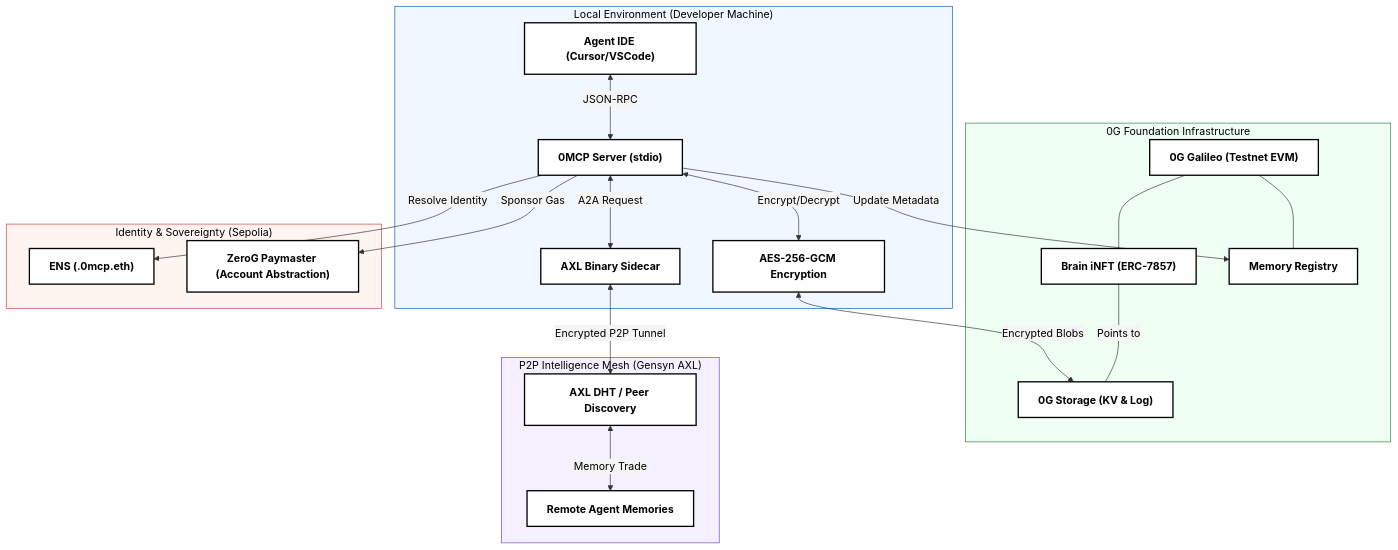
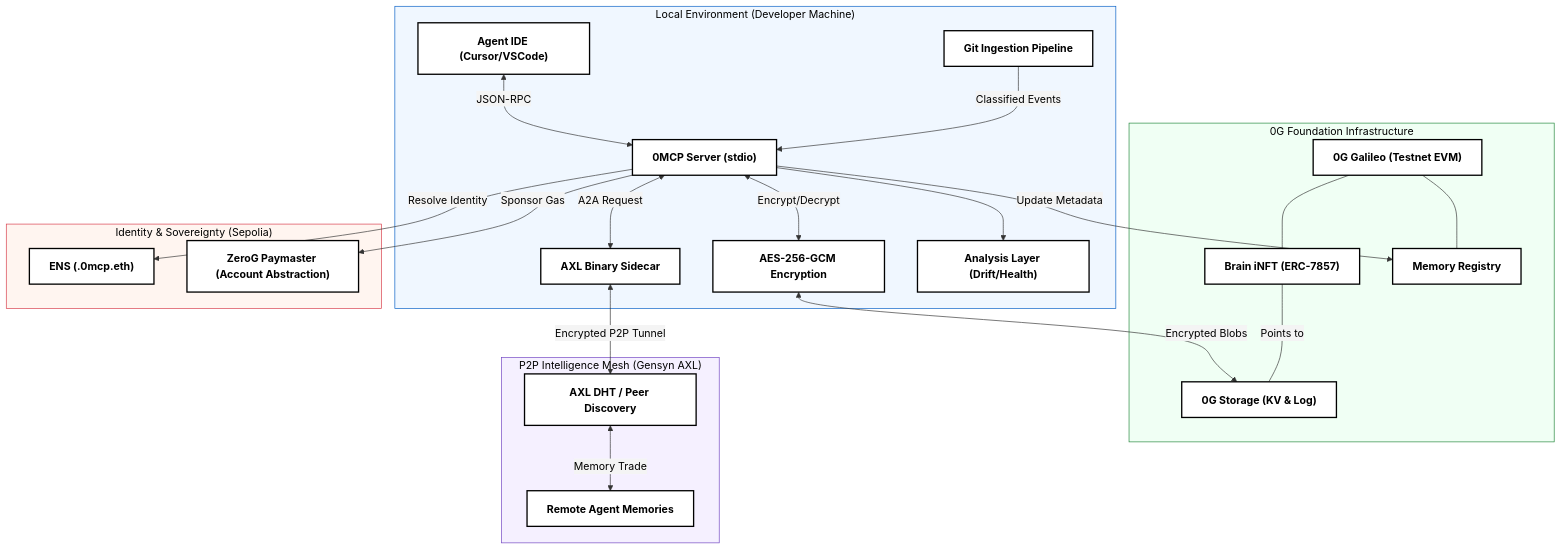
The diagram in README.md (Samarth208P/0MCP), drawn with Mermaid before and after one commit. The commit also changed other lines of this file and 13 other files, not shown here.

Commit message:
feat: drift, ingest, health v3.1

````diff
--- a/README.md
+++ b/README.md
@@ -104,52 +159,56 @@
 ```mermaid
 %%{init: {'theme': 'base', 'themeVariables': { 'primaryColor': '#ffffff', 'primaryTextColor': '#000000', 'primaryBorderColor': '#000000', 'lineColor': '#333333', 'secondaryColor': '#f4f4f4', 'tertiaryColor': '#ffffff'}}}%%
 graph TD
     classDef box fill:#ffffff,stroke:#000000,stroke-width:2px,color:#000000,font-weight:bold;
     classDef sub fill:#f9f9f9,stroke:#cccccc,stroke-dasharray: 5 5;
 
     subgraph Local ["Local Environment (Developer Machine)"]
         IDE["Agent IDE (Cursor/VSCode)"]:::box
         MCP["0MCP Server (stdio)"]:::box
         AES["AES-256-GCM Encryption"]:::box
         AXL_BIN["AXL Binary Sidecar"]:::box
+        ANALYSIS["Analysis Layer (Drift/Health)"]:::box
+        INGEST["Git Ingestion Pipeline"]:::box
     end
 
     subgraph ZeroG ["0G Foundation Infrastructure"]
         ZG_STOR["0G Storage (KV & Log)"]:::box
         ZG_EVM["0G Galileo (Testnet EVM)"]:::box
         INFT["Brain iNFT (ERC-7857)"]:::box
         REG["Memory Registry"]:::box
     end
 
     subgraph Ethereum ["Identity & Sovereignty (Sepolia)"]
         ENS["ENS (.0mcp.eth)"]:::box
         PAY["ZeroG Paymaster (Account Abstraction)"]:::box
     end
 
     subgraph Mesh ["P2P Intelligence Mesh (Gensyn AXL)"]
         P2P["AXL DHT / Peer Discovery"]:::box
         REMOTE["Remote Agent Memories"]:::box
     end
 
     %% Flows
     IDE <-->|JSON-RPC| MCP
     MCP <-->|Encrypt/Decrypt| AES
     AES <-->|Encrypted Blobs| ZG_STOR
+    MCP --> ANALYSIS
+    INGEST -->|Classified Events| MCP
     
     MCP -->|Resolve Identity| ENS
     MCP -->|Update Metadata| REG
     MCP -->|Sponsor Gas| PAY
 
     MCP <-->|A2A Request| AXL_BIN
     AXL_BIN <-->|Encrypted P2P Tunnel| P2P
     P2P <-->|Memory Trade| REMOTE
 
     ZG_EVM --- INFT
     ZG_EVM --- REG
     INFT ---|Points to| ZG_STOR
 
     style Local fill:#f0f7ff,stroke:#005cc5,stroke-width:1px
     style ZeroG fill:#f0fff4,stroke:#22863a,stroke-width:1px
     style Ethereum fill:#fff5f0,stroke:#d73a49,stroke-width:1px
     style Mesh fill:#f5f0ff,stroke:#6f42c1,stroke-width:1px
 ```
````
